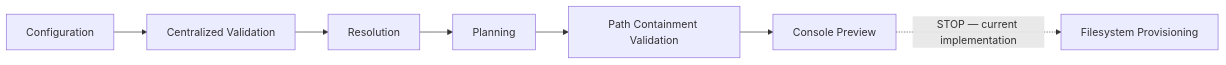
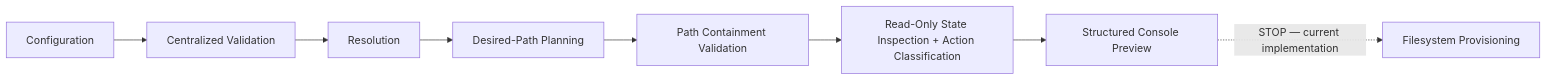
The second of 7 diagrams in Documentation/Diagrams/BOOTSTRAP_PROCESS_FLOW.md (ChrisLThompson/CareerOS.Bootstrap), drawn with Mermaid before and after one commit. The commit also changed other lines of this file and 15 other files, not shown here.

````diff
--- a/Documentation/Diagrams/BOOTSTRAP_PROCESS_FLOW.md
+++ b/Documentation/Diagrams/BOOTSTRAP_PROCESS_FLOW.md
@@ -75,10 +78,11 @@
 ```mermaid
 flowchart LR
     A["Configuration"] --> B["Centralized Validation"]
     B --> C["Resolution"]
-    C --> D["Planning"]
+    C --> D["Desired-Path Planning"]
     D --> E["Path Containment Validation"]
-    E --> F["Console Preview"]
+    E --> F["Read-Only State Inspection + Action Classification"]
+    F --> G["Structured Console Preview"]
 
-    F -. "STOP — current implementation" .-> G["Filesystem Provisioning"]
+    G -. "STOP — current implementation" .-> H["Filesystem Provisioning"]
 ```
````
